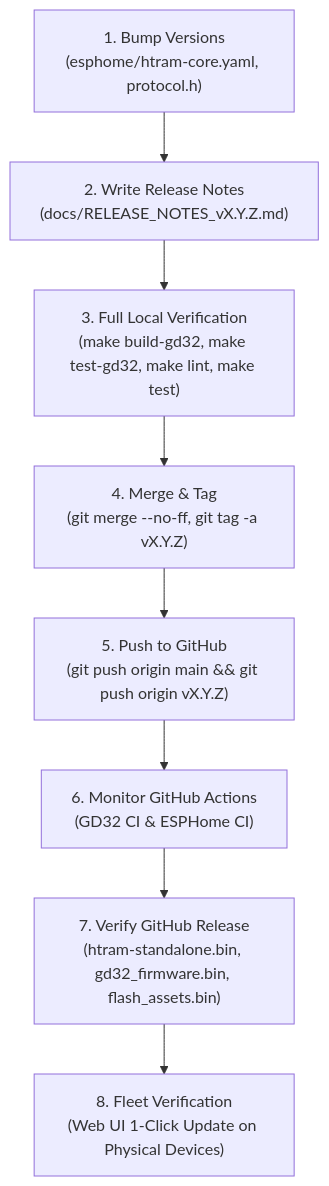
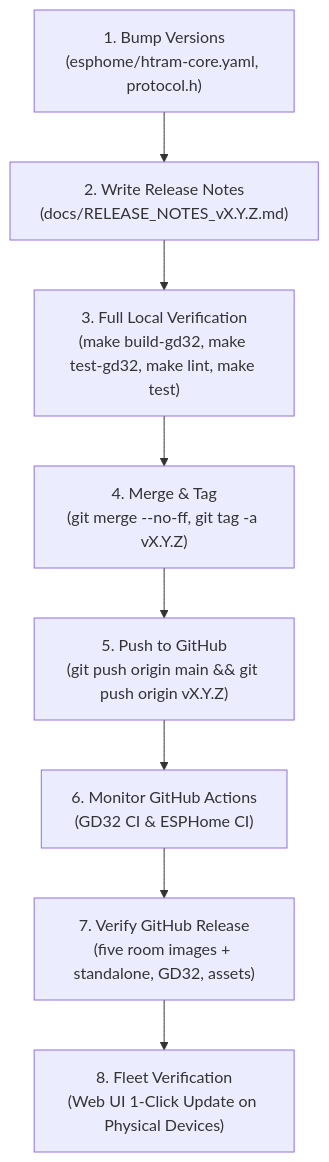
The diagram in docs/RELEASE_LIFECYCLE.md (reidMaks/htram-esphome), drawn with Mermaid before and after one commit. The commit also changed other lines of this file and 56 other files, not shown here.

````diff
--- a/docs/RELEASE_LIFECYCLE.md
+++ b/docs/RELEASE_LIFECYCLE.md
@@ -79,10 +79,10 @@
 ```mermaid
 flowchart TD
     A["1. Bump Versions<br>(esphome/htram-core.yaml, protocol.h)"] --> B["2. Write Release Notes<br>(docs/RELEASE_NOTES_vX.Y.Z.md)"]
     B --> C["3. Full Local Verification<br>(make build-gd32, make test-gd32, make lint, make test)"]
     C --> D["4. Merge & Tag<br>(git merge --no-ff, git tag -a vX.Y.Z)"]
     D --> E["5. Push to GitHub<br>(git push origin main && git push origin vX.Y.Z)"]
     E --> F["6. Monitor GitHub Actions<br>(GD32 CI & ESPHome CI)"]
-    F --> G["7. Verify GitHub Release<br>(htram-standalone.bin, gd32_firmware.bin, flash_assets.bin)"]
+    F --> G["7. Verify GitHub Release<br>(five room images + standalone, GD32, assets)"]
     G --> H["8. Fleet Verification<br>(Web UI 1-Click Update on Physical Devices)"]
 ```
````
